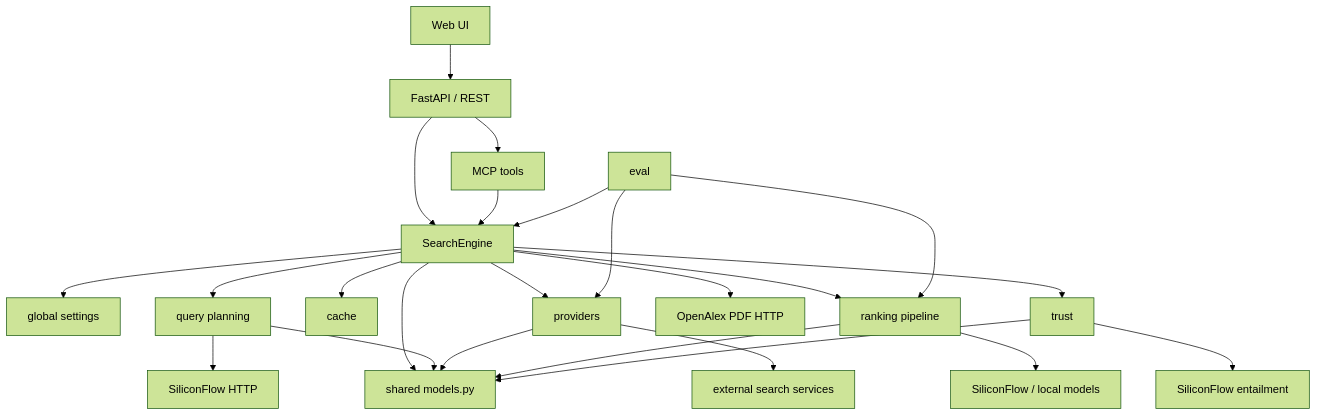
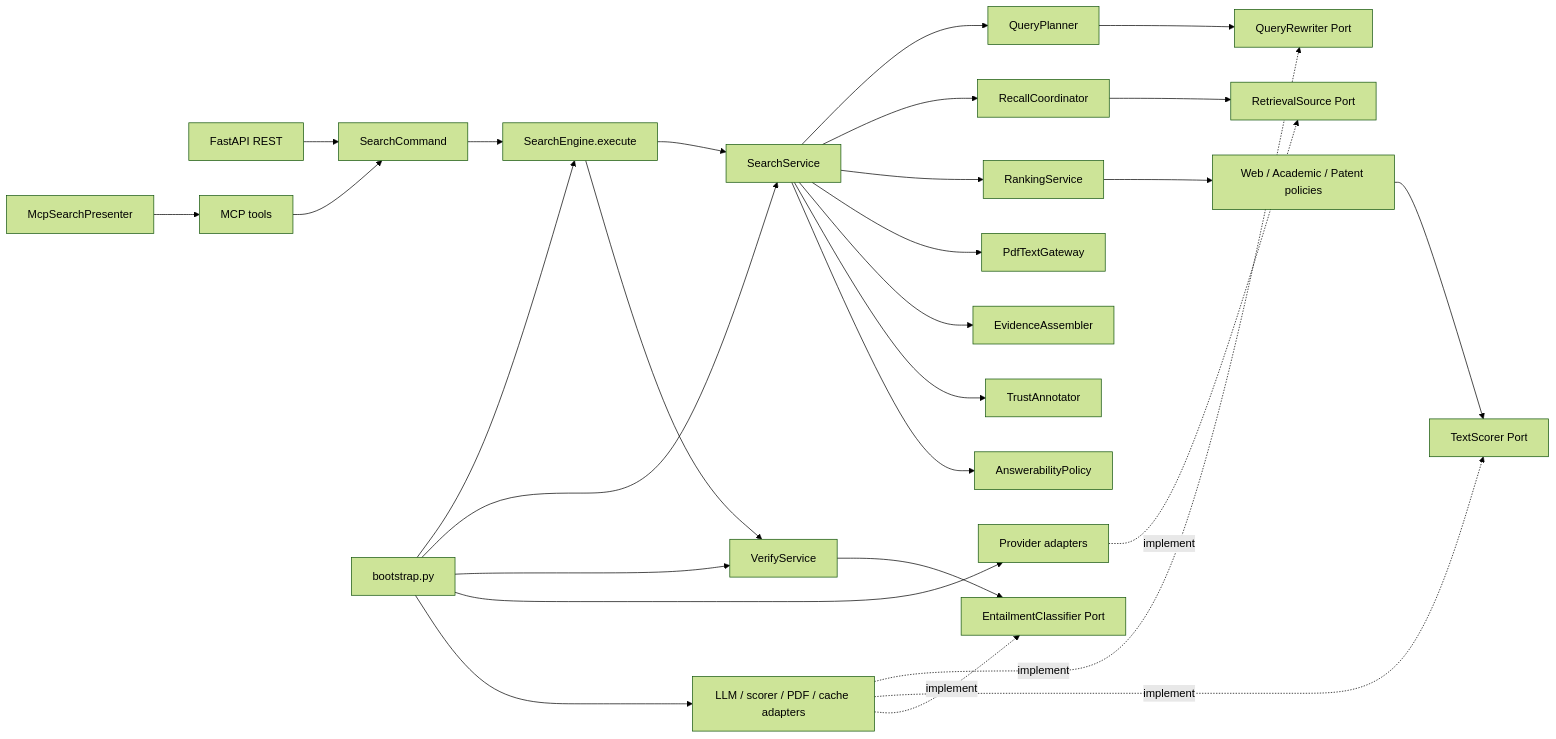
Before and after one commit to hhhwor/tavily: the diagram in docs/architecture-decoupling-design.md, drawn with Mermaid (forest theme). The commit also changed other lines of this file and 1 other file, not shown here.

Commit message:
docs: update search research and decoupling designs

````diff
--- a/docs/architecture-decoupling-design.md
+++ b/docs/architecture-decoupling-design.md
@@ -49,26 +57,34 @@
 ```mermaid
-flowchart TD
-    UI[Web UI] --> API[FastAPI / REST]
-    API --> ENGINE[SearchEngine]
-    API --> MCP[MCP tools]
-    MCP --> ENGINE
-    ENGINE --> SETTINGS[global settings]
-    ENGINE --> L0[query planning]
-    ENGINE --> CACHE[cache]
-    ENGINE --> PROVIDERS[providers]
-    ENGINE --> RANK[ranking pipeline]
-    ENGINE --> PDF[OpenAlex PDF HTTP]
-    ENGINE --> TRUST[trust]
-    L0 --> SF1[SiliconFlow HTTP]
-    RANK --> SF2[SiliconFlow / local models]
-    TRUST --> SF3[SiliconFlow entailment]
-    PROVIDERS --> EXT[external search services]
-    ENGINE --> MODELS[shared models.py]
-    L0 --> MODELS
-    PROVIDERS --> MODELS
-    RANK --> MODELS
-    TRUST --> MODELS
-    EVAL[eval] --> ENGINE
-    EVAL --> RANK
-    EVAL --> PROVIDERS
+flowchart LR
+    REST[FastAPI REST] --> CMD[SearchCommand]
+    MCP[MCP tools] --> CMD
+    CMD --> FACADE[SearchEngine.execute]
+    FACADE --> SEARCH[SearchService]
+    FACADE --> VERIFY[VerifyService]
+
+    SEARCH --> PLAN[QueryPlanner]
+    SEARCH --> RECALL[RecallCoordinator]
+    SEARCH --> RANK[RankingService]
+    SEARCH --> PDF[PdfTextGateway]
+    SEARCH --> EVIDENCE[EvidenceAssembler]
+    SEARCH --> TRUST[TrustAnnotator]
+    SEARCH --> ANSWER[AnswerabilityPolicy]
+
+    PLAN --> REWRITE_PORT[QueryRewriter Port]
+    RECALL --> RETRIEVAL_PORT[RetrievalSource Port]
+    RANK --> POLICIES[Web / Academic / Patent policies]
+    POLICIES --> SCORER_PORT[TextScorer Port]
+    VERIFY --> ENTAIL_PORT[EntailmentClassifier Port]
+
+    PROVIDERS[Provider adapters] -. implement .-> RETRIEVAL_PORT
+    ADAPTERS[LLM / scorer / PDF / cache adapters] -. implement .-> REWRITE_PORT
+    ADAPTERS -. implement .-> SCORER_PORT
+    ADAPTERS -. implement .-> ENTAIL_PORT
+
+    PRESENTER[McpSearchPresenter] --> MCP
+    BOOT[bootstrap.py] --> FACADE
+    BOOT --> SEARCH
+    BOOT --> VERIFY
+    BOOT --> PROVIDERS
+    BOOT --> ADAPTERS
 ```
````
